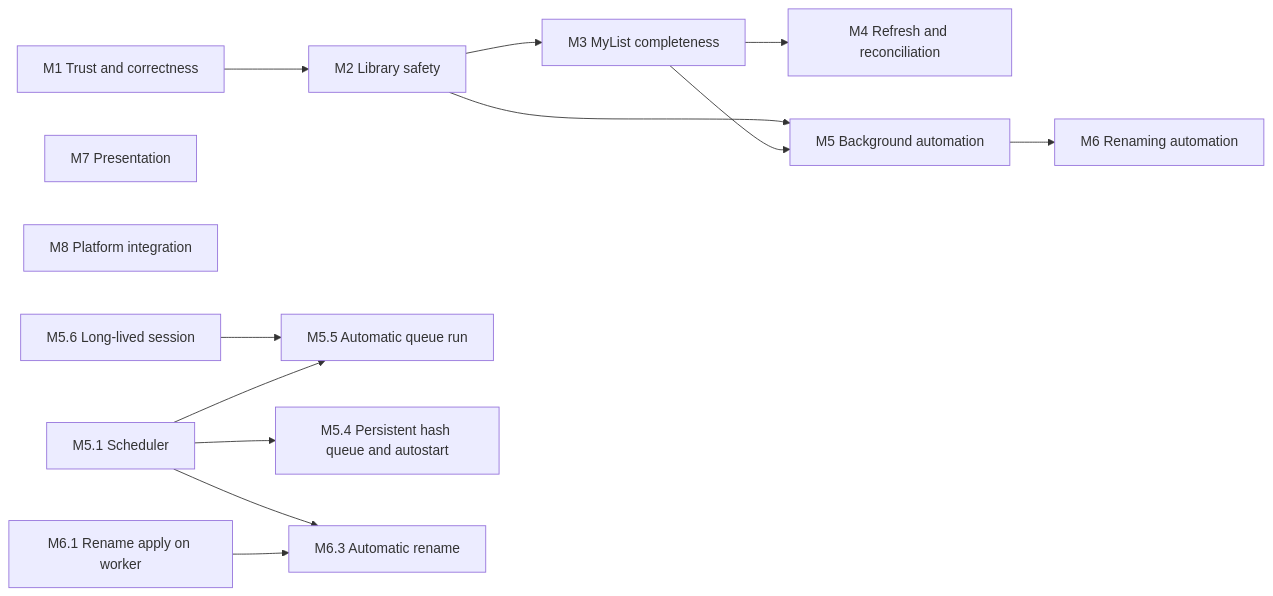
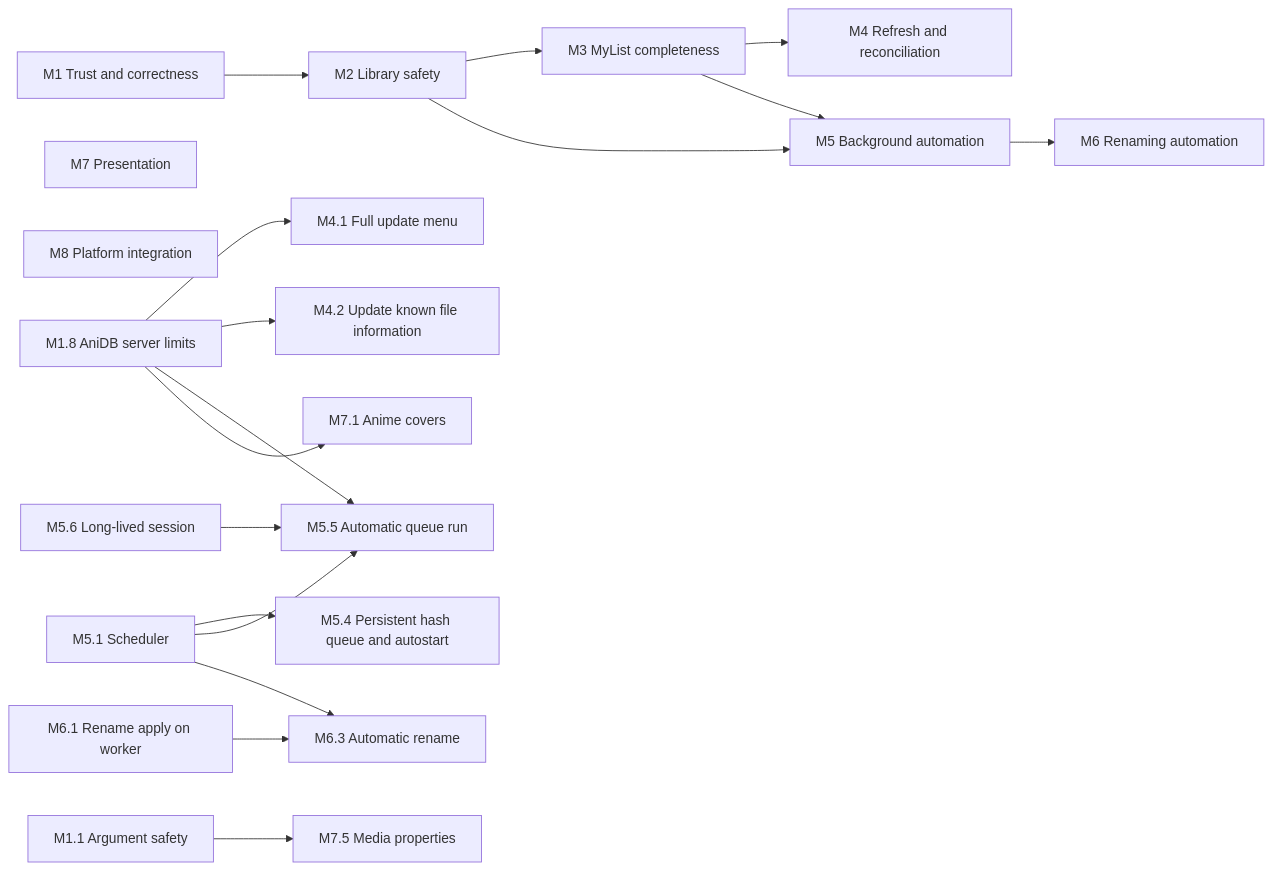
One commit to RetroHazard/animatic changed the diagram in docs/roadmap.md. Above: the diagram before and after it, drawn with Mermaid. The commit also changed other lines of this file, not shown here.

Commit message:
docs: record roadmap decisions and AniDB server-limit work

````diff
--- a/docs/roadmap.md
+++ b/docs/roadmap.md
@@ -34,16 +38,21 @@
 ```mermaid
 flowchart LR
   M1[M1 Trust and correctness] --> M2[M2 Library safety]
   M2 --> M3[M3 MyList completeness]
   M3 --> M4[M4 Refresh and reconciliation]
   M2 --> M5[M5 Background automation]
   M3 --> M5
   M5 --> M6[M6 Renaming automation]
   M7[M7 Presentation]
   M8[M8 Platform integration]
+  M18[M1.8 AniDB server limits] --> M41[M4.1 Full update menu]
+  M18 --> M42[M4.2 Update known file information]
+  M18 --> M55[M5.5 Automatic queue run]
+  M18 --> M71[M7.1 Anime covers]
   M56[M5.6 Long-lived session] --> M55
   M51[M5.1 Scheduler] --> M54[M5.4 Persistent hash queue and autostart]
-  M51 --> M55[M5.5 Automatic queue run]
+  M51 --> M55
   M51 --> M63[M6.3 Automatic rename]
   M61[M6.1 Rename apply on worker] --> M63
+  M11[M1.1 Argument safety] --> M75[M7.5 Media properties]
 ```
````
